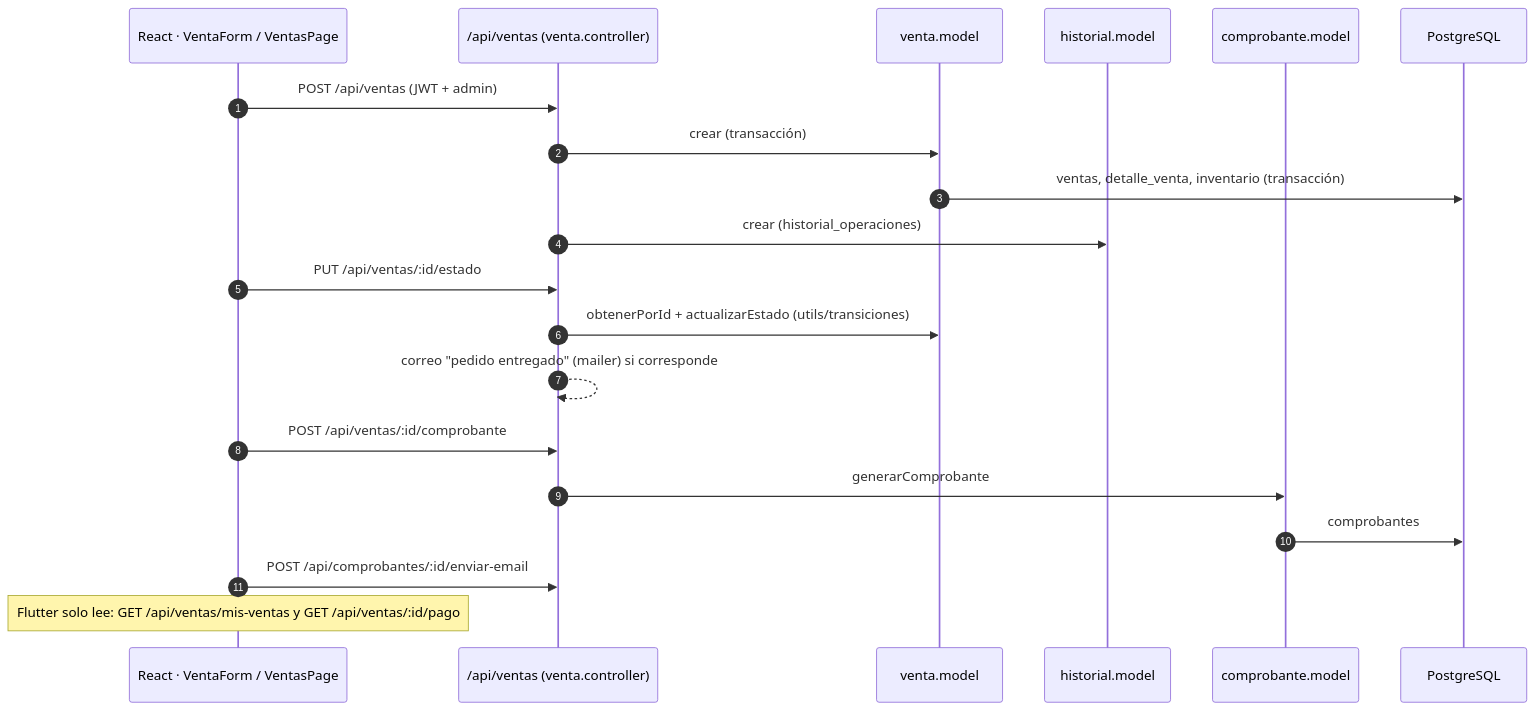
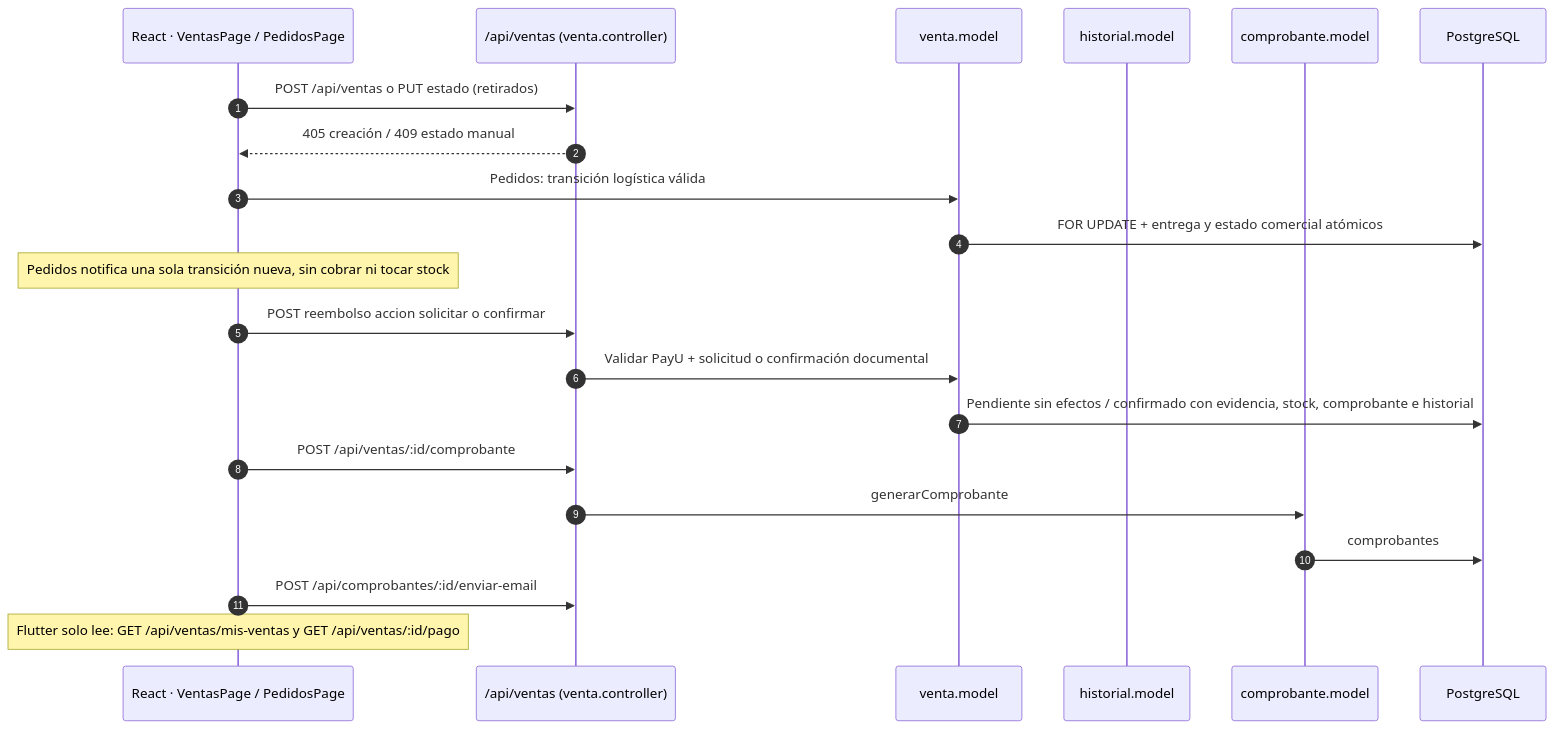
One commit to jimenezvegaedinson7-dot/librer-a changed the diagram in docs/architecture/graphs/sales-flow.mmd. Above: the diagram before and after it, drawn with Mermaid. The commit also changed 59 other files, not shown here.

Commit message:
fix(comercio): retirar cobros legacy y validar devoluciones PayU

```diff
--- a/docs/architecture/graphs/sales-flow.mmd
+++ b/docs/architecture/graphs/sales-flow.mmd
@@ -1,21 +1,22 @@
 %% Generado 2026-10-06 desde el código real (actualizar-mapa.mjs)
 sequenceDiagram
     autonumber
-    participant P as React · VentaForm / VentasPage
+    participant P as React · VentasPage / PedidosPage
     participant V as /api/ventas (venta.controller)
     participant VM as venta.model
     participant H as historial.model
     participant CM as comprobante.model
     participant DB as PostgreSQL
-    P->>V: POST /api/ventas (JWT + admin)
-    V->>VM: crear (transacción)
-    VM->>DB: ventas, detalle_venta, inventario (transacción)
-    V->>H: crear (historial_operaciones)
-    P->>V: PUT /api/ventas/:id/estado
-    V->>VM: obtenerPorId + actualizarEstado (utils/transiciones)
-    V-->>V: correo "pedido entregado" (mailer) si corresponde
+    P->>V: POST /api/ventas o PUT estado (retirados)
+    V-->>P: 405 creación / 409 estado manual
+    P->>VM: Pedidos: transición logística válida
+    VM->>DB: FOR UPDATE + entrega y estado comercial atómicos
+    Note over P: Pedidos notifica una sola transición nueva, sin cobrar ni tocar stock
+    P->>V: POST reembolso accion solicitar o confirmar
+    V->>VM: Validar PayU + solicitud o confirmación documental
+    VM->>DB: Pendiente sin efectos / confirmado con evidencia, stock, comprobante e historial
     P->>V: POST /api/ventas/:id/comprobante
     V->>CM: generarComprobante
     CM->>DB: comprobantes
     P->>V: POST /api/comprobantes/:id/enviar-email
     Note over P: Flutter solo lee: GET /api/ventas/mis-ventas y GET /api/ventas/:id/pago
```
